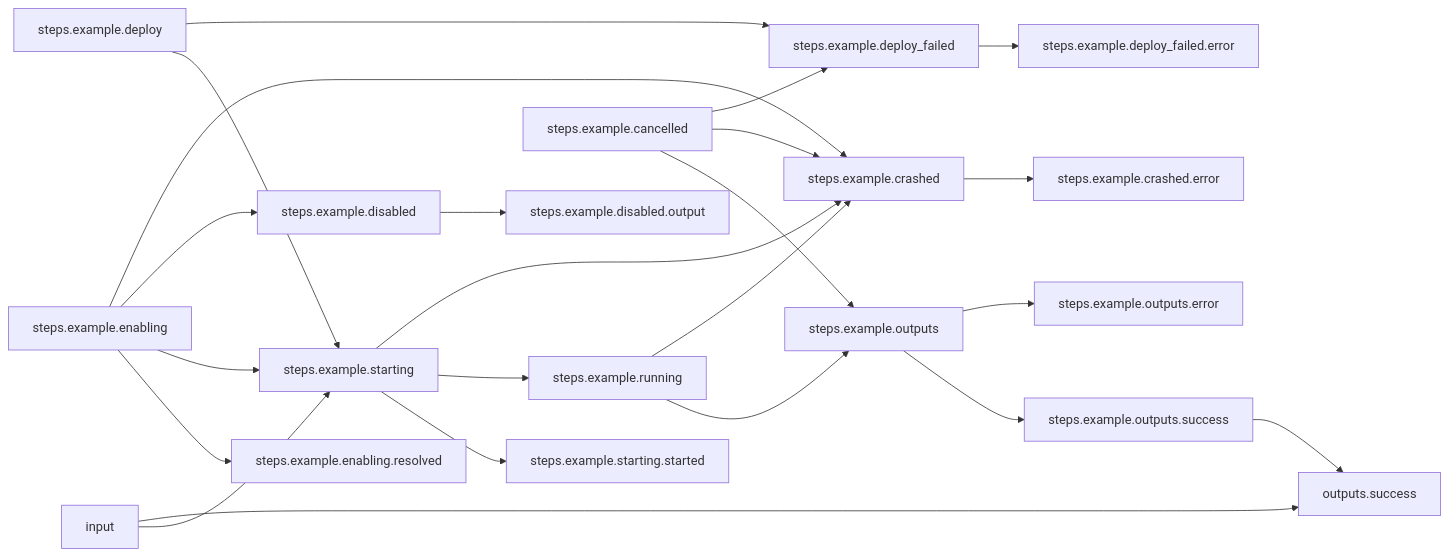
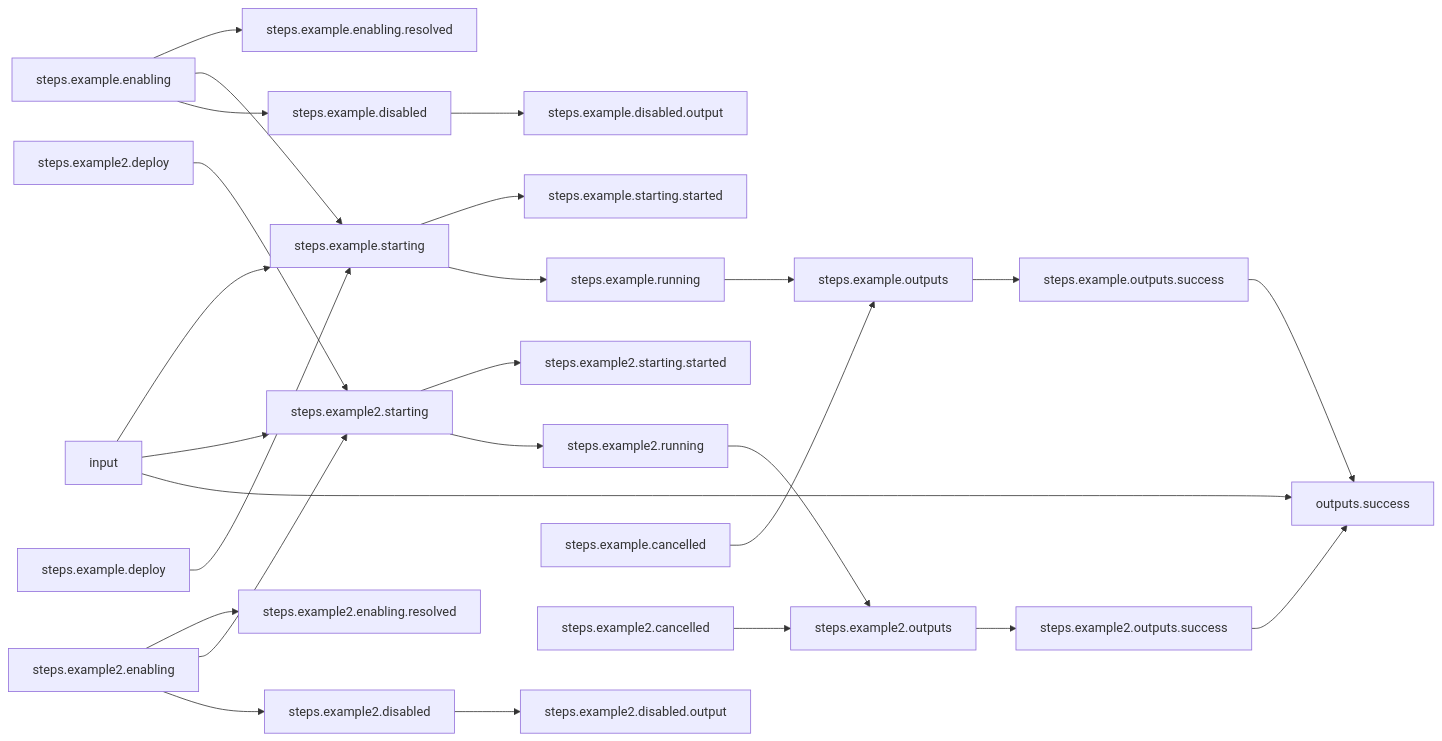
Before and after one commit to arcalot/arcaflow-workflows: the second of 2 diagrams in basic-examples/bind-constants/README.md, drawn with Mermaid. The commit also changed other lines of this file and 49 other files, not shown here.

````diff
--- a/basic-examples/bind-constants/README.md
+++ b/basic-examples/bind-constants/README.md
@@ -52,29 +73,30 @@
 ```mermaid
 %% Mermaid markdown workflow
 flowchart LR
 %% Success path
-steps.example.starting-->steps.example.starting.started
-steps.example.starting-->steps.example.running
 steps.example.enabling-->steps.example.enabling.resolved
 steps.example.enabling-->steps.example.starting
 steps.example.enabling-->steps.example.disabled
+steps.example.disabled-->steps.example.disabled.output
+steps.example2.outputs.success-->outputs.success
+steps.example.starting-->steps.example.starting.started
+steps.example.starting-->steps.example.running
+steps.example2.outputs-->steps.example2.outputs.success
+input-->steps.example.starting
+input-->steps.example2.starting
+input-->outputs.success
+steps.example.deploy-->steps.example.starting
+steps.example2.starting-->steps.example2.starting.started
+steps.example2.starting-->steps.example2.running
+steps.example2.running-->steps.example2.outputs
+steps.example2.disabled-->steps.example2.disabled.output
 steps.example.cancelled-->steps.example.outputs
-input-->steps.example.starting
-input-->outputs.success
-steps.example.disabled-->steps.example.disabled.output
+steps.example.outputs-->steps.example.outputs.success
+steps.example2.deploy-->steps.example2.starting
 steps.example.running-->steps.example.outputs
 steps.example.outputs.success-->outputs.success
-steps.example.outputs-->steps.example.outputs.success
-steps.example.deploy-->steps.example.starting
-%% Error path
-steps.example.starting-->steps.example.crashed
-steps.example.enabling-->steps.example.crashed
-steps.example.cancelled-->steps.example.crashed
-steps.example.cancelled-->steps.example.deploy_failed
-steps.example.running-->steps.example.crashed
-steps.example.deploy_failed-->steps.example.deploy_failed.error
-steps.example.outputs-->steps.example.outputs.error
-steps.example.crashed-->steps.example.crashed.error
-steps.example.deploy-->steps.example.deploy_failed
-%% Mermaid end
+steps.example2.enabling-->steps.example2.enabling.resolved
+steps.example2.enabling-->steps.example2.starting
+steps.example2.enabling-->steps.example2.disabled
+steps.example2.cancelled-->steps.example2.outputs
 ```
````
